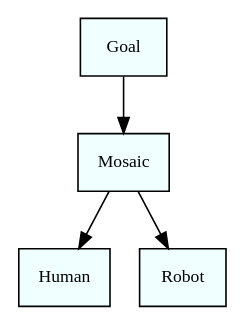
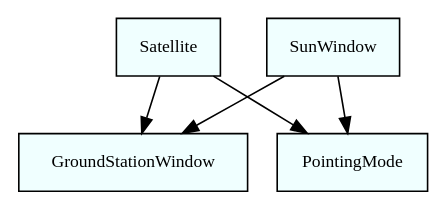
The diagram in hierarchy_graph.dot (pstlab/roxanne_sa), drawn with Graphviz before and after one commit. The commit also changed 485 other files, not shown here.

```diff
--- a/hierarchy_graph.dot
+++ b/hierarchy_graph.dot
@@ -1,5 +1,5 @@
 digraph hierarhcy_graph {
 	rankdir=TB;
 	node [fontsize=11, style=filled, fillcolor=azure, shape = box]
-	Goal -> Mosaic	Mosaic -> Human	Mosaic -> Robot
+	Satellite -> GroundStationWindow	Satellite -> PointingMode	SunWindow -> GroundStationWindow	SunWindow -> PointingMode
 }
```
